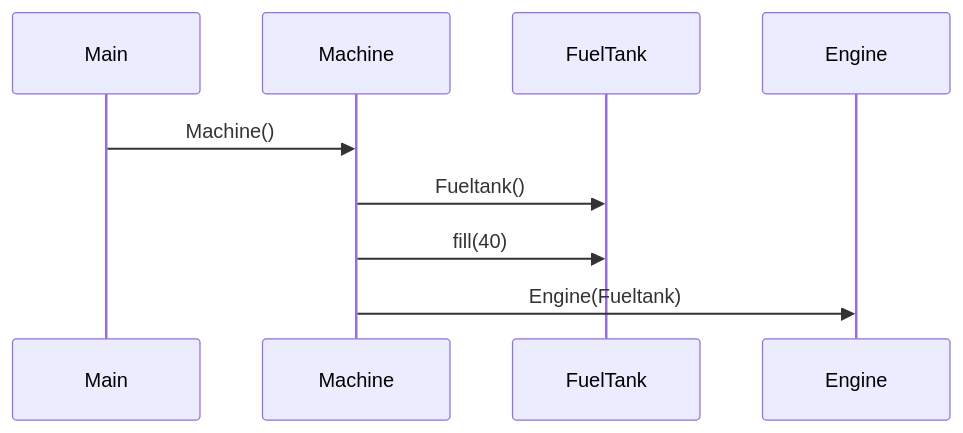
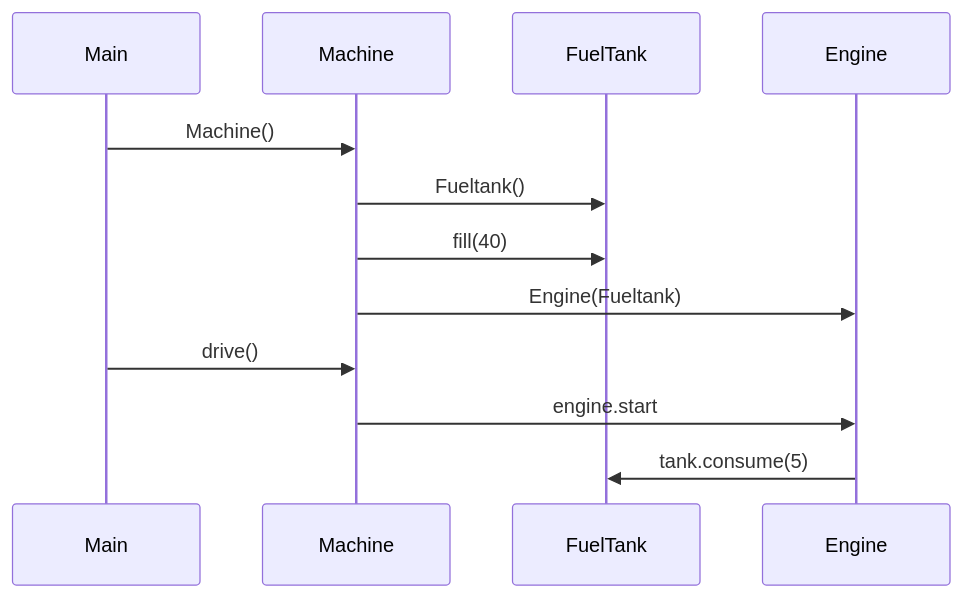
One commit to Nanotiike/ot-harjoitustyo changed the diagram in laskarit/viikko3/machine.md. Above: the diagram before and after it, drawn with Mermaid.

````diff
--- a/laskarit/viikko3/machine.md
+++ b/laskarit/viikko3/machine.md
@@ -1,12 +1,15 @@
 ```mermaid
 sequenceDiagram
    participant X as Main
    participant M as Machine
    participant F as FuelTank
    participant E as Engine
    X ->> M: Machine()
    M ->> F: Fueltank()
    M ->> F: fill(40)
    M ->> E: Engine(Fueltank)
+   X ->> M: drive()
+   M ->> E: engine.start
+   E ->> F: tank.consume(5)
    
 ```
````
